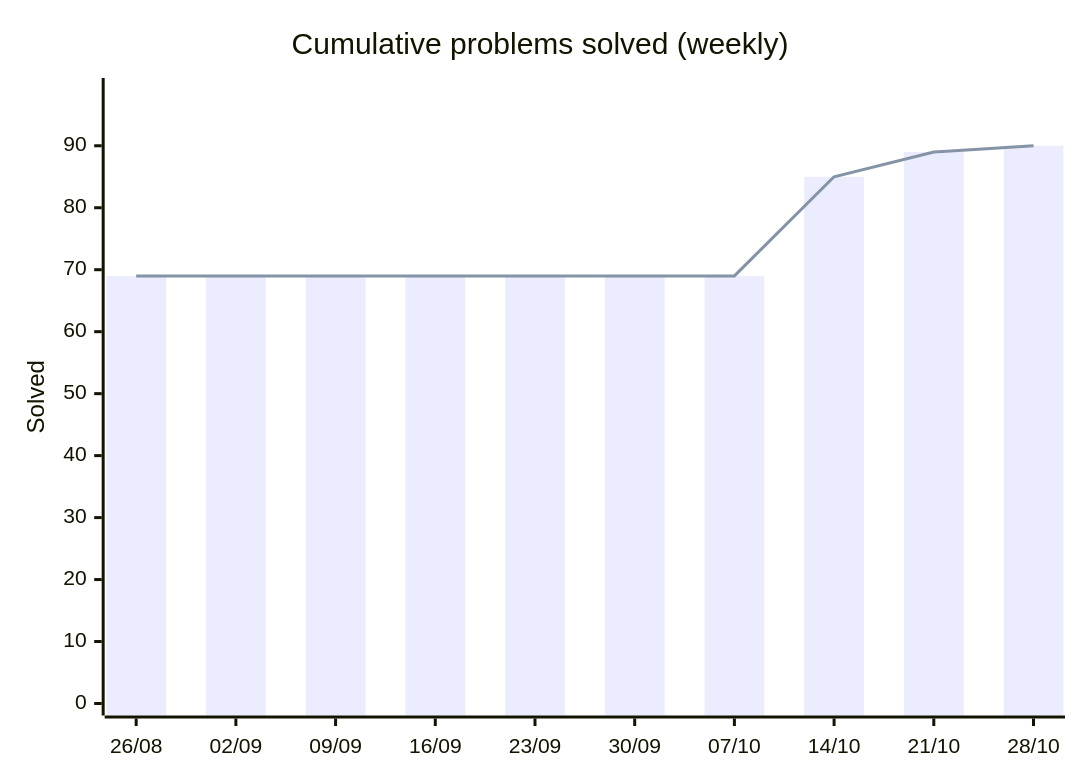
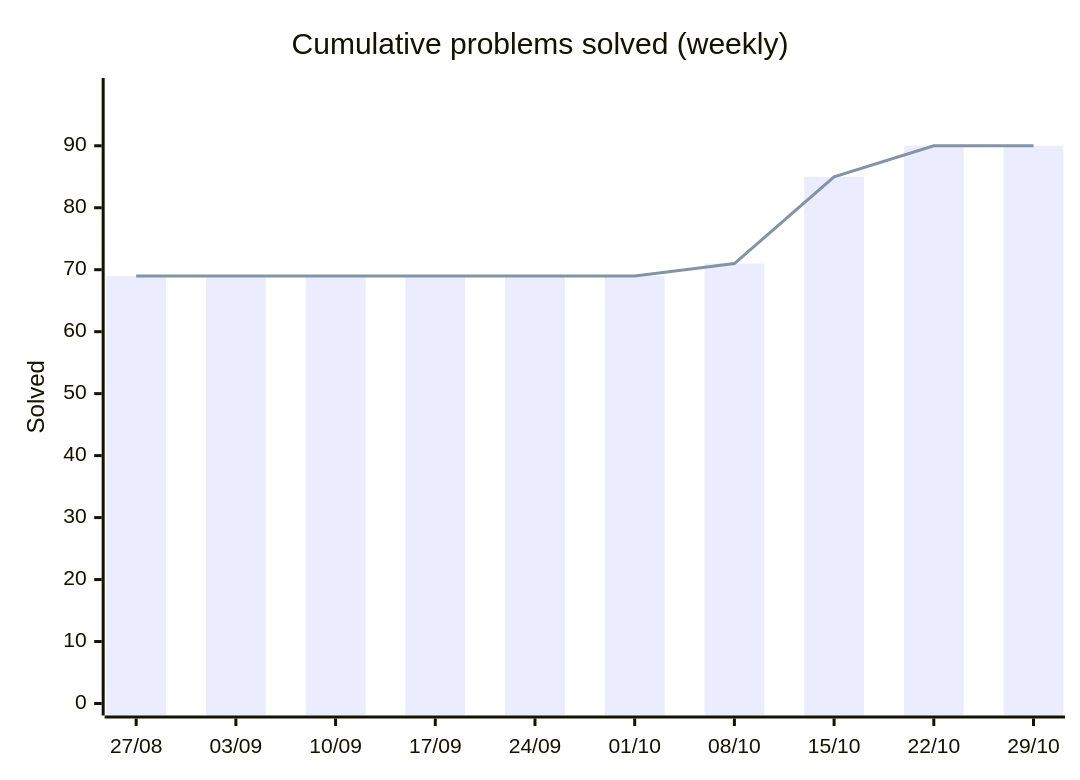
The first of 2 diagrams in README.md (HarryTrn/TensorTonic-Solutions), drawn with Mermaid before and after one commit. The commit also changed other lines of this file, not shown here.

Commit message:
docs: auto-update README [skip ci]

````diff
--- a/README.md
+++ b/README.md
@@ -65,8 +65,8 @@
 ```mermaid
 xychart-beta
     title "Cumulative problems solved (weekly)"
-    x-axis ["26/08", "02/09", "09/09", "16/09", "23/09", "30/09", "07/10", "14/10", "21/10", "28/10"]
+    x-axis ["27/08", "03/09", "10/09", "17/09", "24/09", "01/10", "08/10", "15/10", "22/10", "29/10"]
     y-axis "Solved" 0 --> 99
-    bar [69, 69, 69, 69, 69, 69, 69, 85, 89, 90]
-    line [69, 69, 69, 69, 69, 69, 69, 85, 89, 90]
+    bar [69, 69, 69, 69, 69, 69, 71, 85, 90, 90]
+    line [69, 69, 69, 69, 69, 69, 71, 85, 90, 90]
 ```
````
